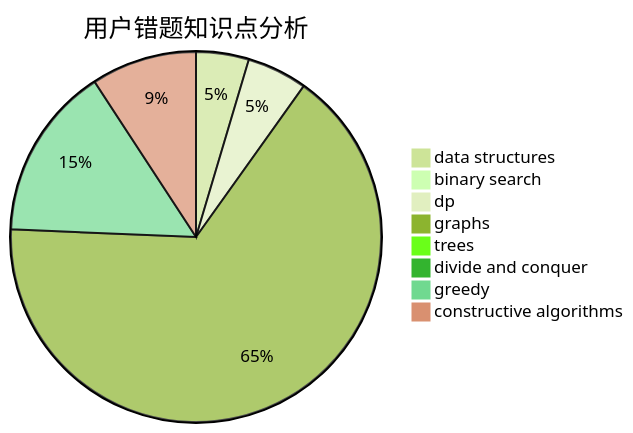
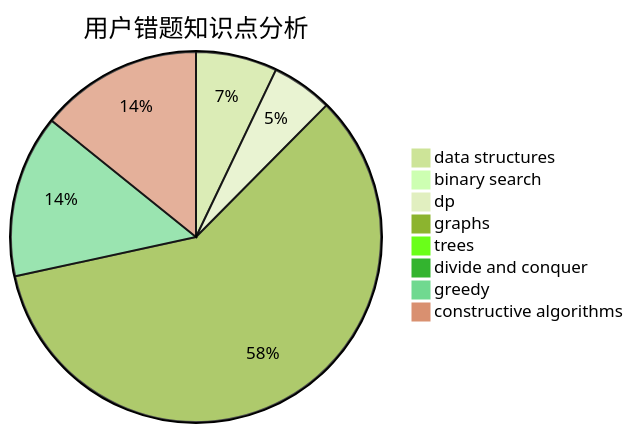
One commit to sherpahu/cfrs.github.io changed the third of 3 diagrams in docs/user/u1357.md. Above: the diagram before and after it, drawn with Mermaid (forest theme). The commit also changed other lines of this file and 2770 other files, not shown here.

````diff
--- a/docs/user/u1357.md
+++ b/docs/user/u1357.md
@@ -36,11 +36,11 @@
 ```mermaid
 pie title 用户错题知识点分析
-    "data structures" :  7
+    "data structures" :  12
     "binary search" :  1
-    "dp" :  8
+    "dp" :  9
     "graphs" :  100
     "trees" :  1
     "divide and conquer" :  0
-    "greedy" :  23
-    "constructive algorithms" :  14
+    "greedy" :  24
+    "constructive algorithms" :  24
 ```
````
